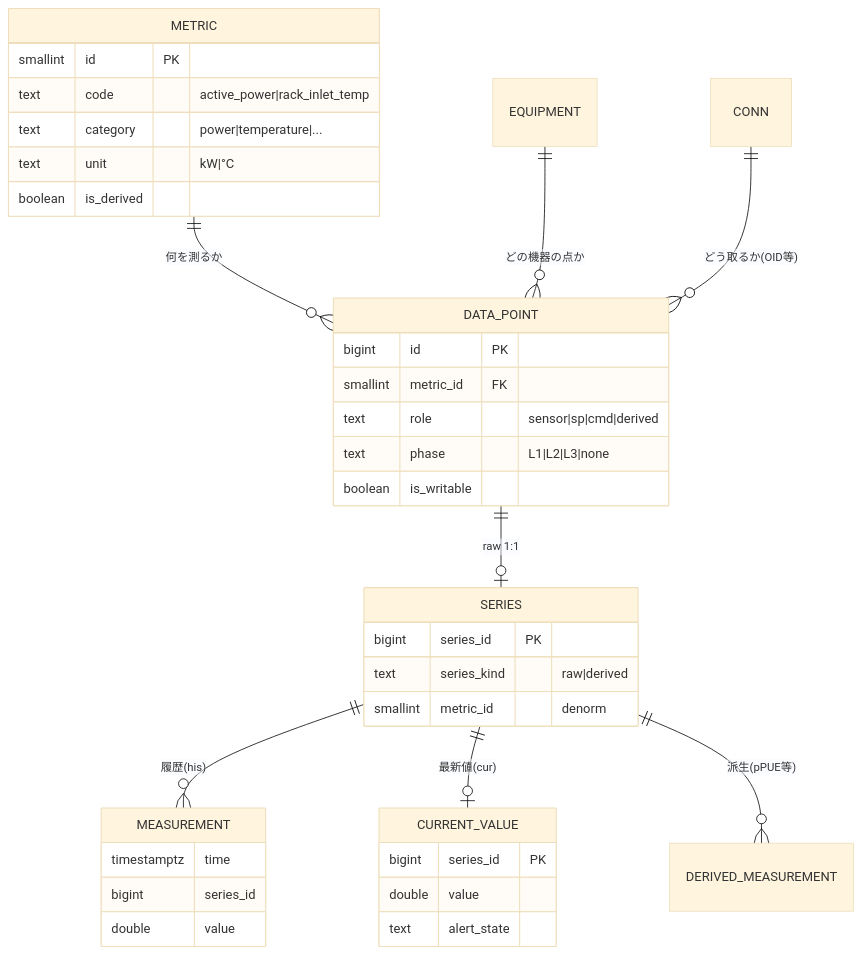
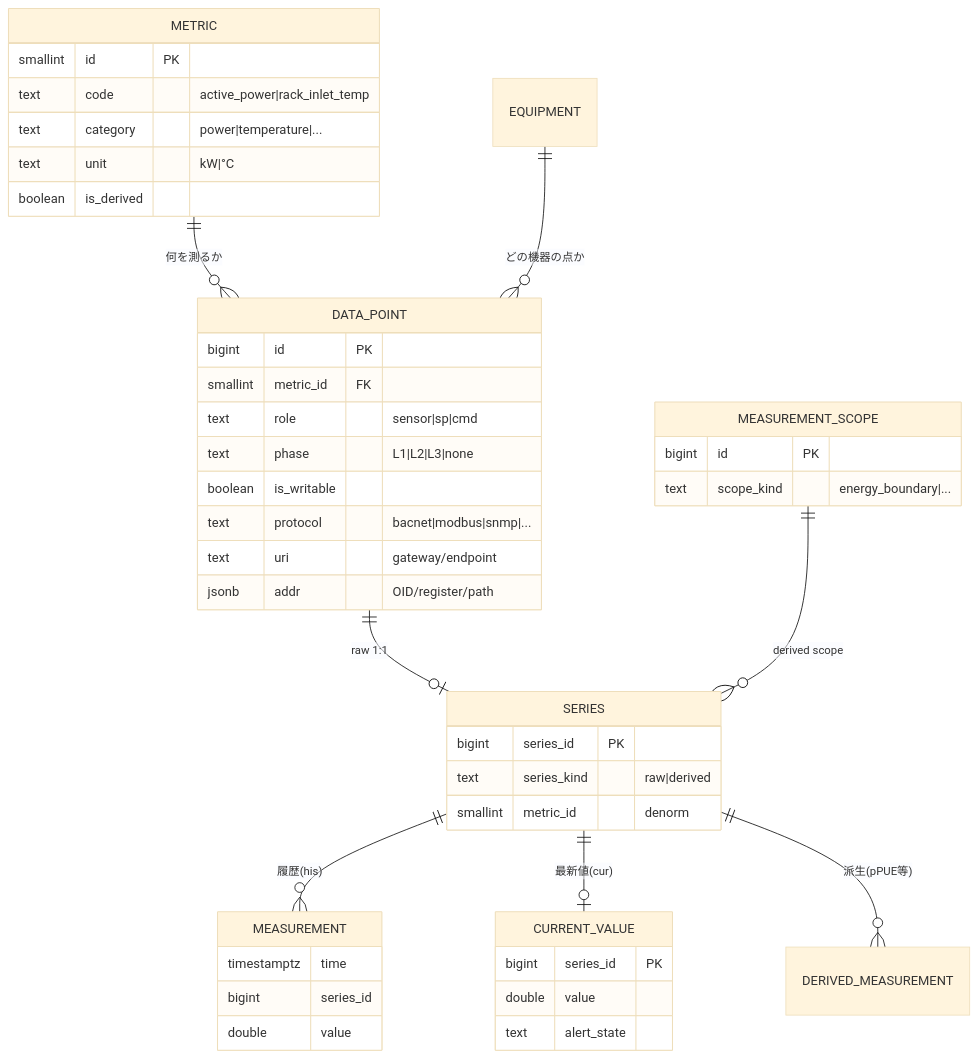
The third of 5 diagrams in 00-overview.md (hn-11/dcim-schema-design), drawn with Mermaid (base theme) before and after one commit. The commit also changed other lines of this file and 13 other files, not shown here.

First line of the commit message:
docs(dcim): スキーマ改訂 — equipment命名 / metricフラット化 / connectionモデル / measurement_scope

````diff
--- a/00-overview.md
+++ b/00-overview.md
@@ -135,40 +145,47 @@
 ```mermaid
 erDiagram
     METRIC ||--o{ DATA_POINT : "何を測るか"
     EQUIPMENT ||--o{ DATA_POINT : "どの機器の点か"
-    CONN ||--o{ DATA_POINT : "どう取るか(OID等)"
     DATA_POINT ||--o| SERIES : "raw 1:1"
+    MEASUREMENT_SCOPE ||--o{ SERIES : "derived scope"
     SERIES ||--o{ MEASUREMENT : "履歴(his)"
     SERIES ||--o| CURRENT_VALUE : "最新値(cur)"
     SERIES ||--o{ DERIVED_MEASUREMENT : "派生(pPUE等)"
 
     METRIC {
         smallint id PK
         text code "active_power|rack_inlet_temp"
         text category "power|temperature|..."
         text unit "kW|°C"
         boolean is_derived
     }
     DATA_POINT {
         bigint id PK
         smallint metric_id FK
-        text role "sensor|sp|cmd|derived"
+        text role "sensor|sp|cmd"
         text phase "L1|L2|L3|none"
         boolean is_writable
+        text protocol "bacnet|modbus|snmp|..."
+        text uri "gateway/endpoint"
+        jsonb addr "OID/register/path"
     }
     SERIES {
         bigint series_id PK
         text series_kind "raw|derived"
         smallint metric_id "denorm"
+    }
+    MEASUREMENT_SCOPE {
+        bigint id PK
+        text scope_kind "energy_boundary|..."
     }
     MEASUREMENT {
         timestamptz time
         bigint series_id
         double value
     }
     CURRENT_VALUE {
         bigint series_id PK
         double value
         text alert_state
     }
 ```
````
